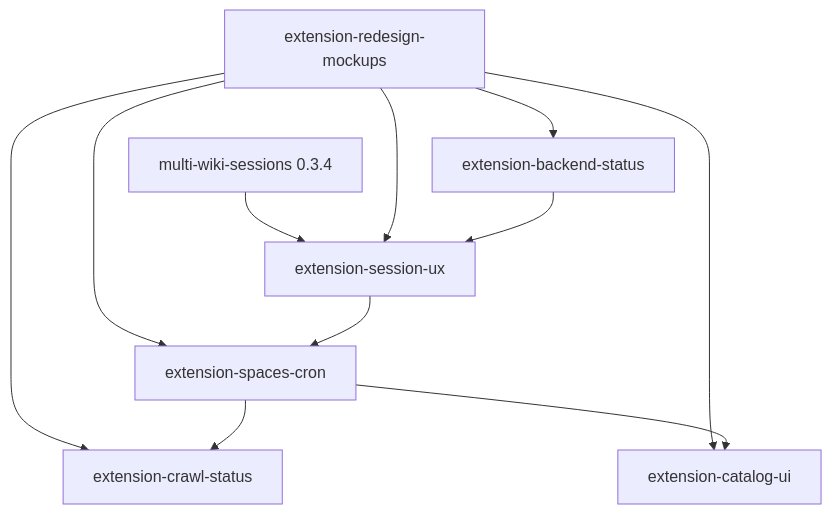
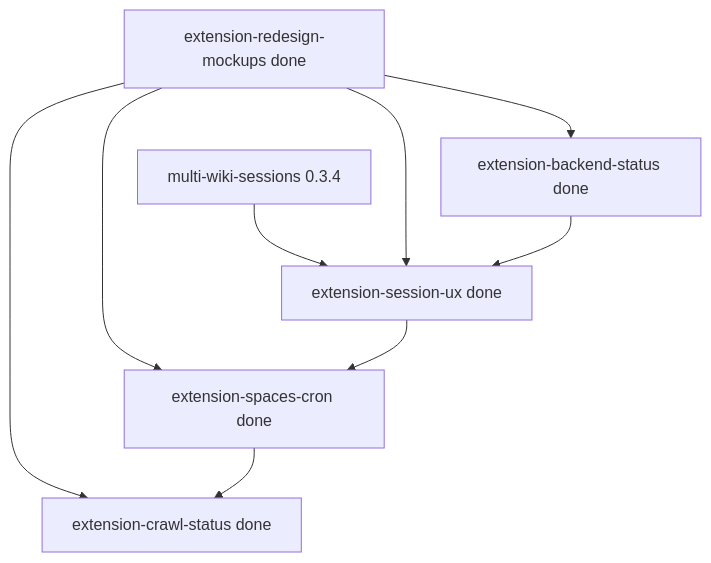
Before and after one commit to webdunesurfer/SpaceMosquito: the diagram in dev/tasks/extension-redesign.md, drawn with Mermaid. The commit also changed other lines of this file and 77 other files, not shown here.

Commit message:
major extension redesign

````diff
--- a/dev/tasks/extension-redesign.md
+++ b/dev/tasks/extension-redesign.md
@@ -58,20 +70,17 @@
 ```mermaid
 flowchart TD
   MWS[multi-wiki-sessions 0.3.4]
-  M[extension-redesign-mockups]
-  S[extension-session-ux]
-  B[extension-backend-status]
-  SP[extension-spaces-cron]
-  C[extension-crawl-status]
-  Cat[extension-catalog-ui]
+  M[extension-redesign-mockups done]
+  S[extension-session-ux done]
+  B[extension-backend-status done]
+  SP[extension-spaces-cron done]
+  C[extension-crawl-status done]
   MWS --> S
   M --> S
   M --> B
   M --> SP
   M --> C
-  M --> Cat
   B --> S
   S --> SP
   SP --> C
-  SP --> Cat
 ```
````
